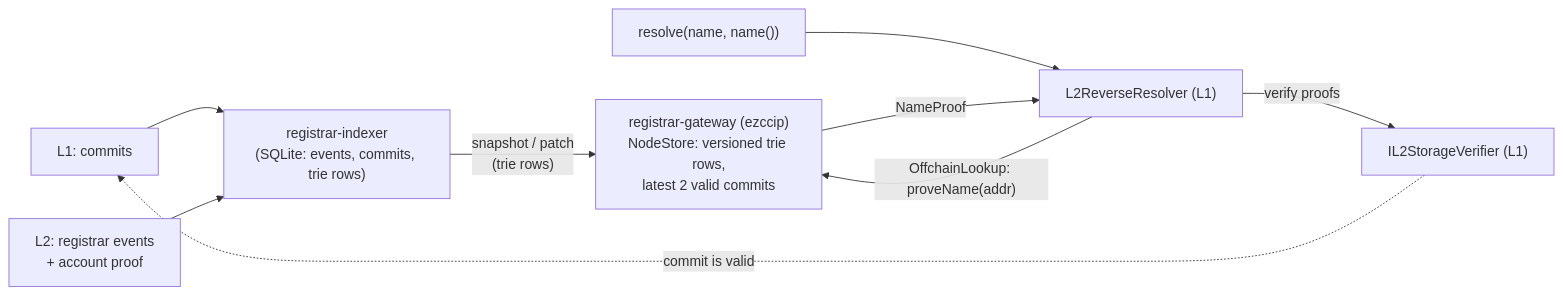
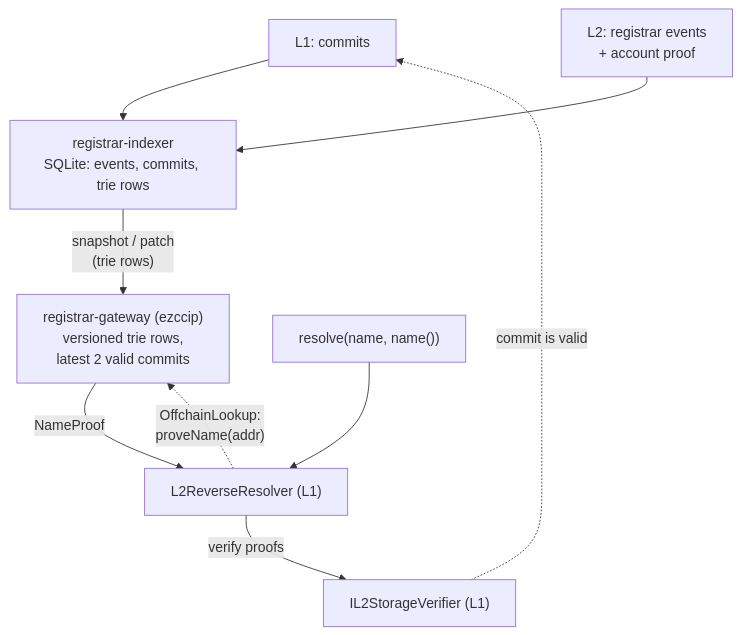
Before and after one commit to ensdomains/primary-name-gateway: the diagram in README.md, drawn with Mermaid.

Commit message:
README: vertical architecture diagram
The left-to-right flowchart was too wide to read. Top to bottom, the commit
path runs down the middle (L1/L2, indexer, gateway, resolver, verifier),
and the CCIP-Read lookup and the verifier's check against L1 are dotted
back edges. Labels are shorter.

````diff
--- a/README.md
+++ b/README.md
@@ -19,12 +19,11 @@
 ```mermaid
-flowchart LR
+flowchart TD
     L1c["L1: commits"] --> indexer
     L2["L2: registrar events<br/>+ account proof"] --> indexer
-    indexer["registrar-indexer<br/>(SQLite: events, commits, trie rows)"] -- "snapshot / patch<br/>(trie rows)" --> gateway
-    gateway["registrar-gateway (ezccip)<br/>NodeStore: versioned trie rows,<br/>latest 2 valid commits"]
-    client["resolve(name, name())"] --> resolver["L2ReverseResolver (L1)"]
-    resolver -- "OffchainLookup: proveName(addr)" --> gateway
-    gateway -- "NameProof" --> resolver
-    resolver -- "verify proofs" --> verifier["IL2StorageVerifier (L1)"]
+    indexer["registrar-indexer<br/>SQLite: events, commits, trie rows"] -->|"snapshot / patch<br/>(trie rows)"| gateway
+    gateway["registrar-gateway (ezccip)<br/>versioned trie rows,<br/>latest 2 valid commits"] -->|"NameProof"| resolver
+    client["resolve(name, name())"] --> resolver
+    resolver["L2ReverseResolver (L1)"] -.->|"OffchainLookup:<br/>proveName(addr)"| gateway
+    resolver -->|"verify proofs"| verifier["IL2StorageVerifier (L1)"]
     verifier -.->|"commit is valid"| L1c
 ```
````
